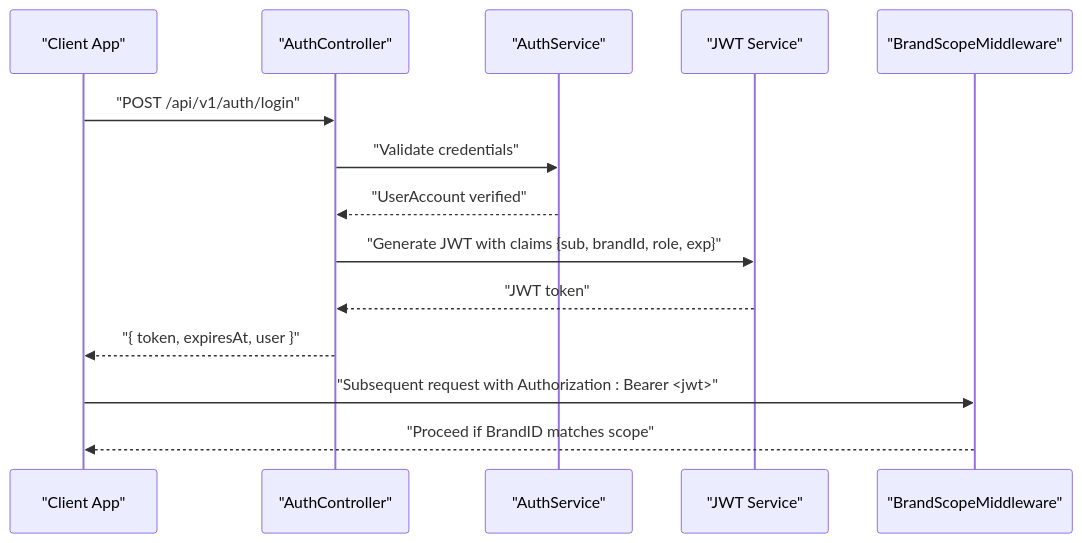
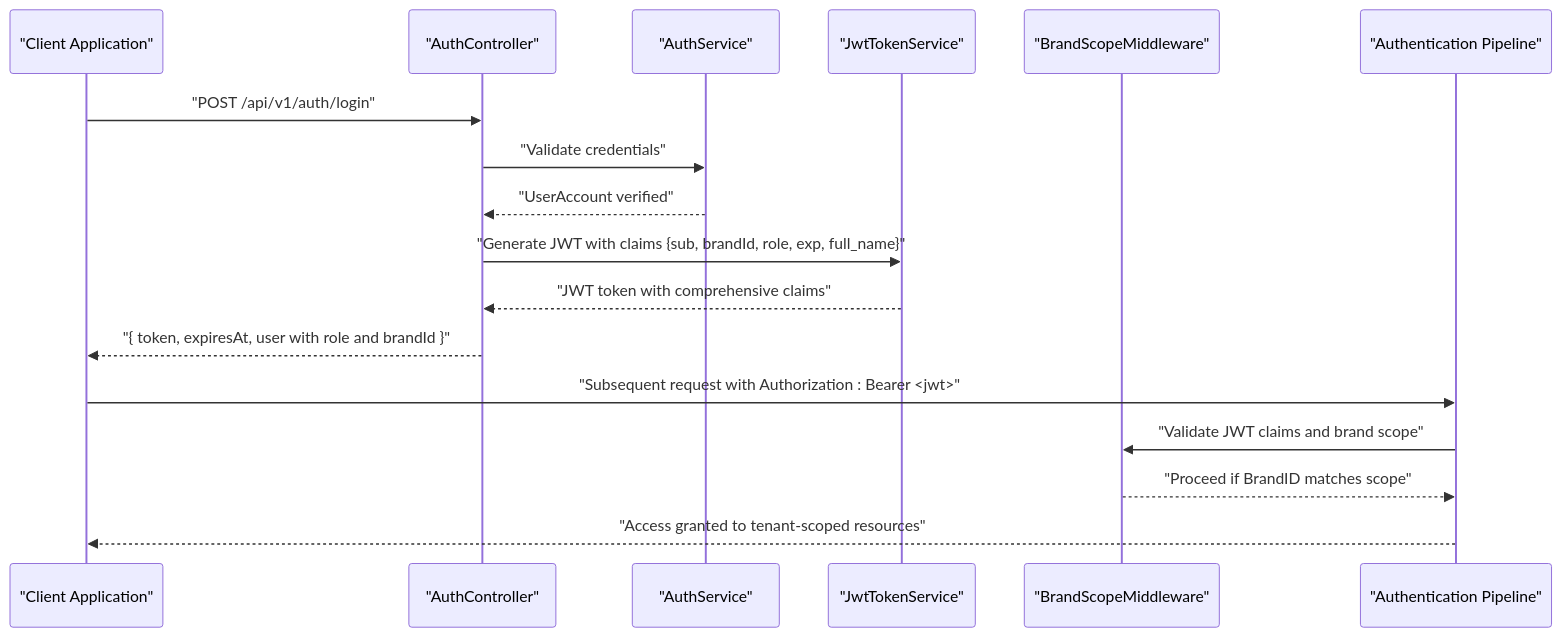
The third of 8 diagrams in .qoder/repowiki/en/content/System Architecture/Security Architecture.md (lamhongbac/NonCash), drawn with Mermaid before and after one commit. The commit also changed other lines of this file and 13 other files, not shown here.

````diff
--- a/.qoder/repowiki/en/content/System Architecture/Security Architecture.md
+++ b/.qoder/repowiki/en/content/System Architecture/Security Architecture.md
@@ -166,16 +223,19 @@
 ```mermaid
 sequenceDiagram
-participant Client as "Client App"
+participant Client as "Client Application"
 participant Auth as "AuthController"
 participant AuthService as "AuthService"
-participant JwtSvc as "JWT Service"
+participant JwtSvc as "JwtTokenService"
 participant BrandMW as "BrandScopeMiddleware"
+participant AuthPipe as "Authentication Pipeline"
 Client->>Auth : "POST /api/v1/auth/login"
 Auth->>AuthService : "Validate credentials"
 AuthService-->>Auth : "UserAccount verified"
-Auth->>JwtSvc : "Generate JWT with claims {sub, brandId, role, exp}"
-JwtSvc-->>Auth : "JWT token"
-Auth-->>Client : "{ token, expiresAt, user }"
-Client->>BrandMW : "Subsequent request with Authorization : Bearer <jwt>"
-BrandMW-->>Client : "Proceed if BrandID matches scope"
+Auth->>JwtSvc : "Generate JWT with claims {sub, brandId, role, exp, full_name}"
+JwtSvc-->>Auth : "JWT token with comprehensive claims"
+Auth-->>Client : "{ token, expiresAt, user with role and brandId }"
+Client->>AuthPipe : "Subsequent request with Authorization : Bearer <jwt>"
+AuthPipe->>BrandMW : "Validate JWT claims and brand scope"
+BrandMW-->>AuthPipe : "Proceed if BrandID matches scope"
+AuthPipe-->>Client : "Access granted to tenant-scoped resources"
 ```
````
